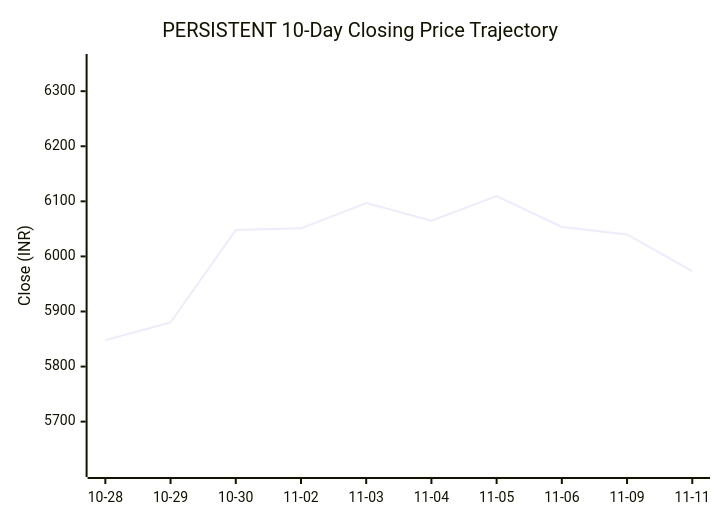
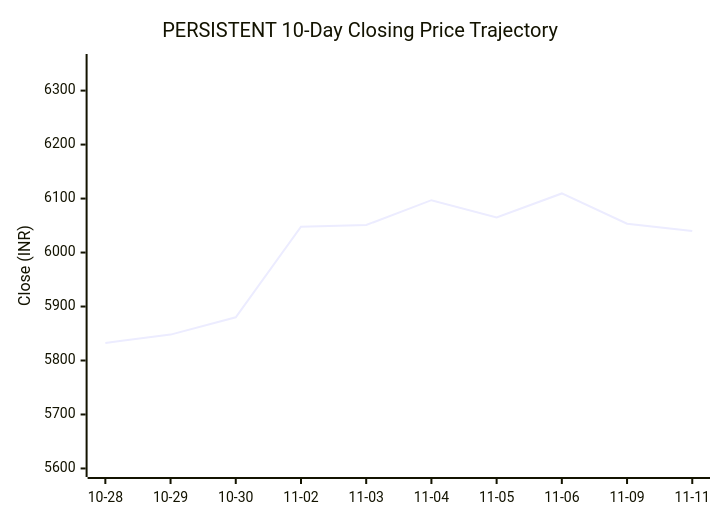
One commit to purnareddy9/dev changed the second of 3 diagrams in market-intelligence/stocks/PERSISTENT/README.md. Above: the diagram before and after it, drawn with Mermaid. The commit also changed other lines of this file and 3 other files, not shown here.

````diff
--- a/market-intelligence/stocks/PERSISTENT/README.md
+++ b/market-intelligence/stocks/PERSISTENT/README.md
@@ -95,7 +95,7 @@
 ```mermaid
 xychart-beta
     title "PERSISTENT 10-Day Closing Price Trajectory"
     x-axis ["10-28", "10-29", "10-30", "11-02", "11-03", "11-04", "11-05", "11-06", "11-09", "11-11"]
-    y-axis "Close (INR)" 5614 --> 6353
-    line [5848.0, 5880.0, 6048.0, 6051.0, 6097.0, 6065.0, 6109.5, 6053.5, 6040.0, 5973.5]
+    y-axis "Close (INR)" 5599 --> 6353
+    line [5832.5, 5848.0, 5880.0, 6048.0, 6051.0, 6097.0, 6065.0, 6109.5, 6053.5, 6040.0]
 ```
````
